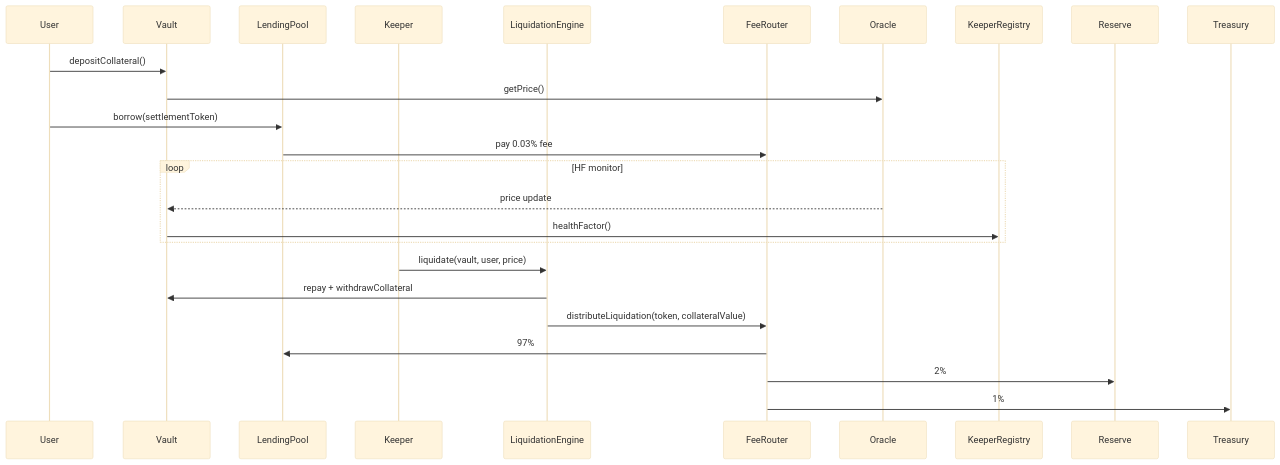
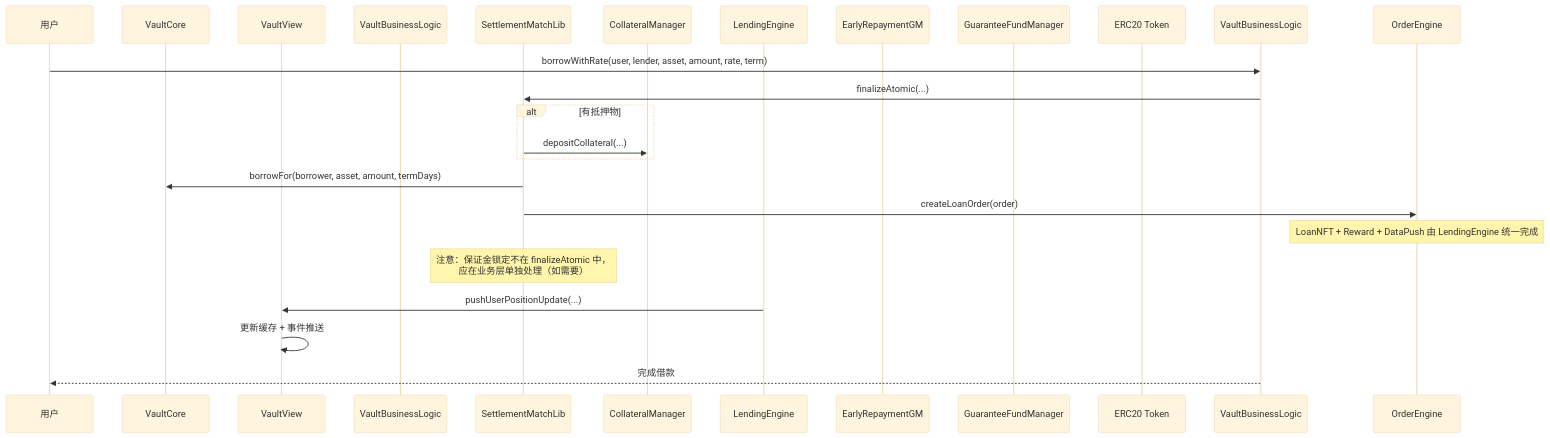
Before and after one commit to Anyawb/contracts: the third of 4 diagrams in docs/PlatformLogic.md, drawn with Mermaid (base theme). The commit also changed other lines of this file and 562 other files, not shown here.

````diff
--- a/docs/PlatformLogic.md
+++ b/docs/PlatformLogic.md
@@ -1254,27 +1104,31 @@
 ```mermaid
 sequenceDiagram
-    participant User
-    participant Vault
-    participant LendingPool
-    participant Liquidator as Keeper
-    participant Engine as LiquidationEngine
-    participant Router as FeeRouter
-    participant Oracle
+    participant User as 用户
+    participant VaultCore as VaultCore
+    participant VaultView as VaultView
+    participant VaultBL as VaultBusinessLogic
+    participant Settlement as SettlementMatchLib
+    participant CM as CollateralManager
+    participant LE as LendingEngine
+    participant ERGM as EarlyRepaymentGM
+    participant GFM as GuaranteeFundManager
+    participant Token as ERC20 Token
 
-    User->>Vault: depositCollateral()
-    Vault->>Oracle: getPrice()
-    User->>LendingPool: borrow(settlementToken)
-    LendingPool->>Router: pay 0.03% fee
-
-    loop HF monitor
-        Oracle-->>Vault: price update
-        Vault->>KeeperRegistry: healthFactor()
+    User->>VaultBusinessLogic: borrowWithRate(user, lender, asset, amount, rate, term)
+    VaultBusinessLogic->>Settlement: finalizeAtomic(...)
+    
+    alt 有抵押物
+        Settlement->>CM: depositCollateral(...)
     end
-
-    Liquidator->>Engine: liquidate(vault, user, price)
-    Engine->>Vault: repay + withdrawCollateral
-    Engine->>Router: distributeLiquidation(token, collateralValue)
-    Router->>LendingPool: 97%
-    Router->>Reserve: 2%
-    Router->>Treasury: 1%
+    
+    Settlement->>VaultCore: borrowFor(borrower, asset, amount, termDays)
+    Settlement->>OrderEngine: createLoanOrder(order)
+    Note over OrderEngine: LoanNFT + Reward + DataPush 由 LendingEngine 统一完成
+    
+    Note over Settlement: 注意：保证金锁定不在 finalizeAtomic 中，<br/>应在业务层单独处理（如需要）
+    
+    LE->>VaultView: pushUserPositionUpdate(...)
+    VaultView->>VaultView: 更新缓存 + 事件推送
+    
+    VaultBusinessLogic-->>User: 完成借款
 ```
````
